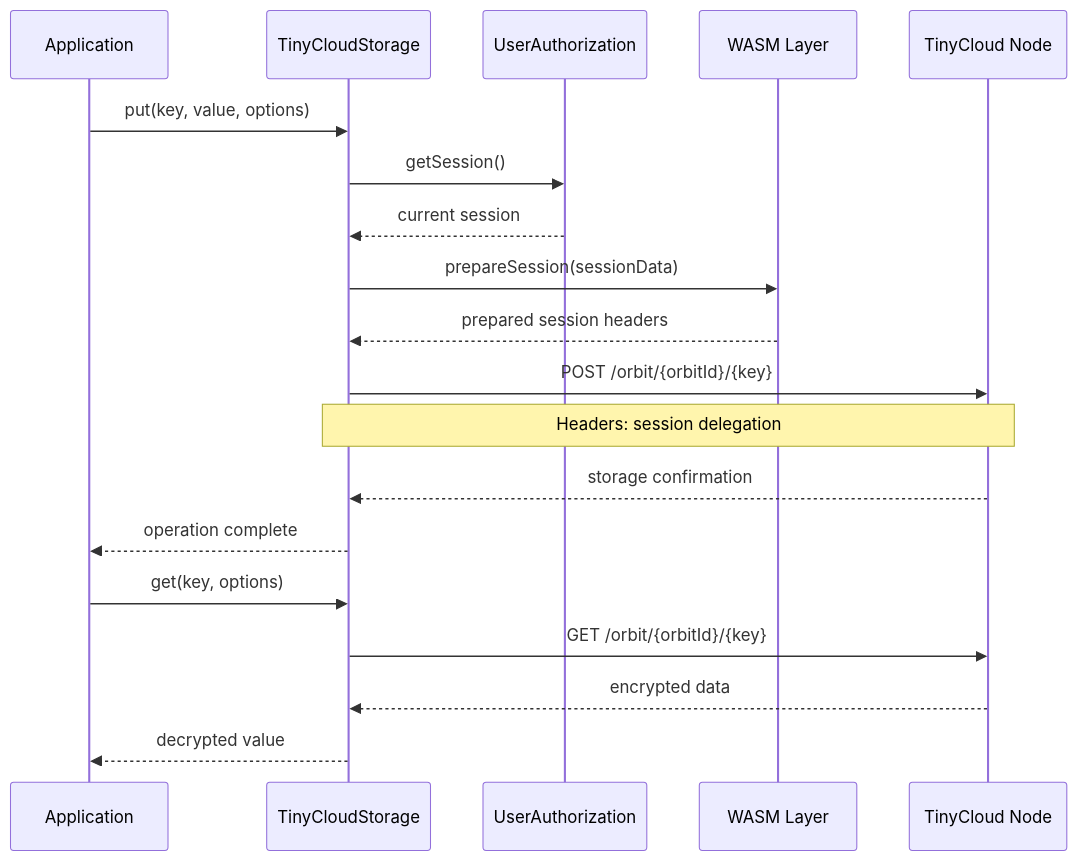
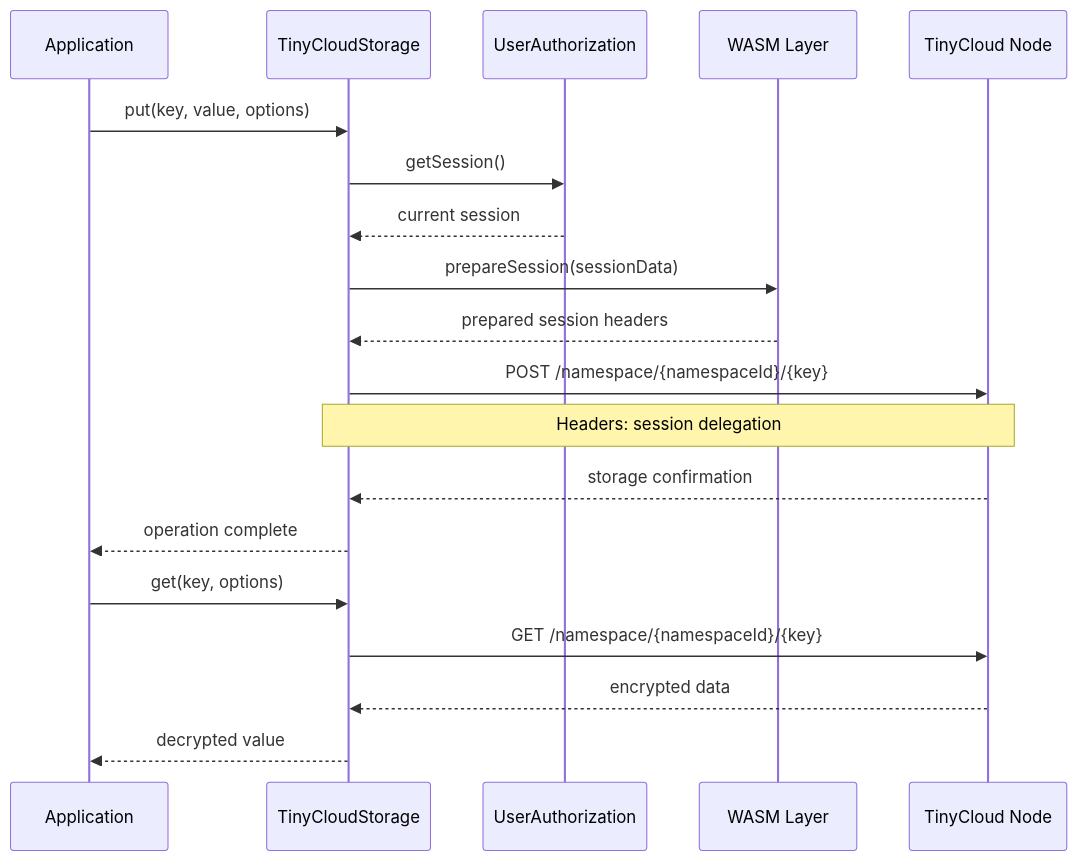
The seventh of 9 diagrams in architecture.md (TinyCloudLabs/web-sdk), drawn with Mermaid before and after one commit. The commit also changed other lines of this file and 16 other files, not shown here.

````diff
--- a/architecture.md
+++ b/architecture.md
@@ -383,26 +383,26 @@
 ```mermaid
 sequenceDiagram
     participant App as Application
     participant Storage as TinyCloudStorage
     participant Auth as UserAuthorization
     participant WASM as WASM Layer
     participant Node as TinyCloud Node
     
     App->>Storage: put(key, value, options)
     Storage->>Auth: getSession()
     Auth-->>Storage: current session
     
     Storage->>WASM: prepareSession(sessionData)
     WASM-->>Storage: prepared session headers
     
-    Storage->>Node: POST /orbit/{orbitId}/{key}
+    Storage->>Node: POST /namespace/{namespaceId}/{key}
     Note over Storage,Node: Headers: session delegation
     Node-->>Storage: storage confirmation
-    
+
     Storage-->>App: operation complete
-    
+
     App->>Storage: get(key, options)
-    Storage->>Node: GET /orbit/{orbitId}/{key}
+    Storage->>Node: GET /namespace/{namespaceId}/{key}
     Node-->>Storage: encrypted data
     Storage-->>App: decrypted value
 ```
````
